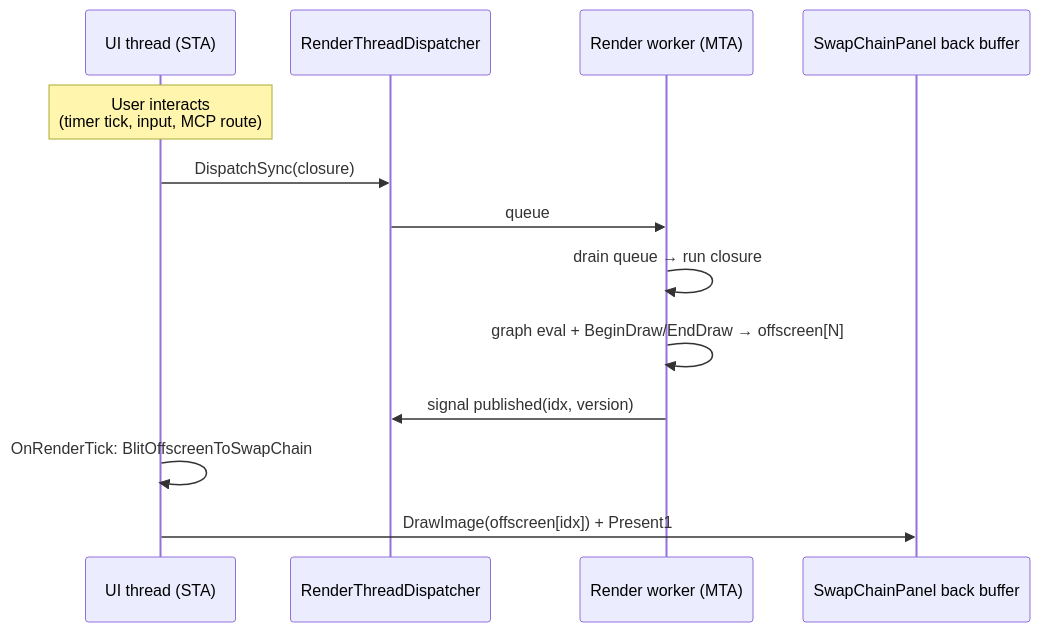
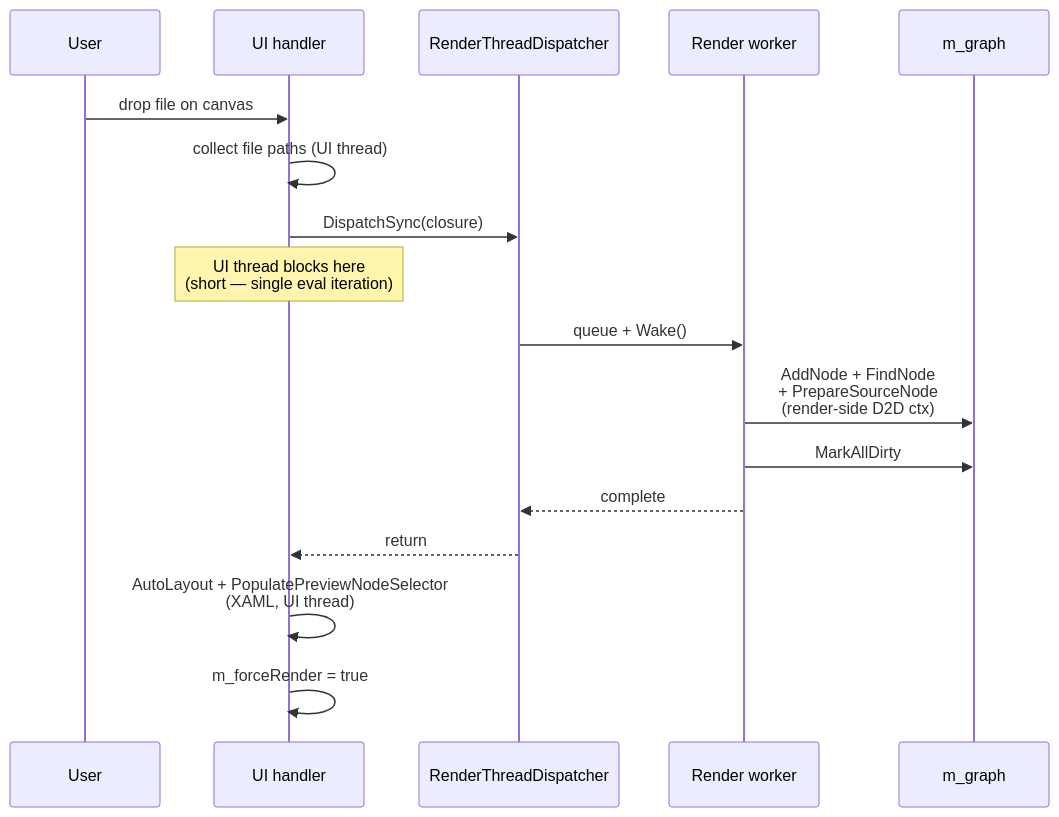
One commit to Spruill-1/ShaderLab changed the sixth of 7 diagrams in docs/architecture/threading-model.md. Above: the diagram before and after it, drawn with Mermaid. The commit also changed other lines of this file, not shown here.

First line of the commit message:
Expand threading-model.md with full mermaid diagram set

````diff
--- a/docs/architecture/threading-model.md
+++ b/docs/architecture/threading-model.md
@@ -8,15 +218,20 @@
 ```mermaid
 sequenceDiagram
-    participant UI as UI thread (STA)
+    participant U as User
+    participant UI as UI handler
     participant Disp as RenderThreadDispatcher
-    participant W as Render worker (MTA)
-    participant Swap as SwapChainPanel back buffer
-    Note over UI: User interacts<br/>(timer tick, input, MCP route)
+    participant W as Render worker
+    participant Graph as m_graph
+
+    U->>UI: drop file on canvas
+    UI->>UI: collect file paths (UI thread)
     UI->>Disp: DispatchSync(closure)
-    Disp->>W: queue
-    W->>W: drain queue → run closure
-    W->>W: graph eval + BeginDraw/EndDraw → offscreen[N]
-    W->>Disp: signal published(idx, version)
-    UI->>UI: OnRenderTick: BlitOffscreenToSwapChain
-    UI->>Swap: DrawImage(offscreen[idx]) + Present1
+    Note over UI: UI thread blocks here<br/>(short — single eval iteration)
+    Disp->>W: queue + Wake()
+    W->>Graph: AddNode + FindNode<br/>+ PrepareSourceNode<br/>(render-side D2D ctx)
+    W->>Graph: MarkAllDirty
+    W-->>Disp: complete
+    Disp-->>UI: return
+    UI->>UI: AutoLayout + PopulatePreviewNodeSelector<br/>(XAML, UI thread)
+    UI->>UI: m_forceRender = true
 ```
````
